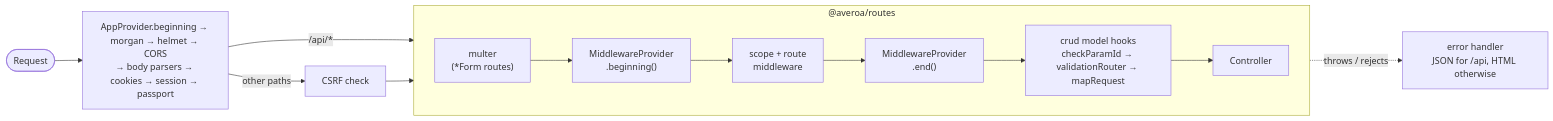
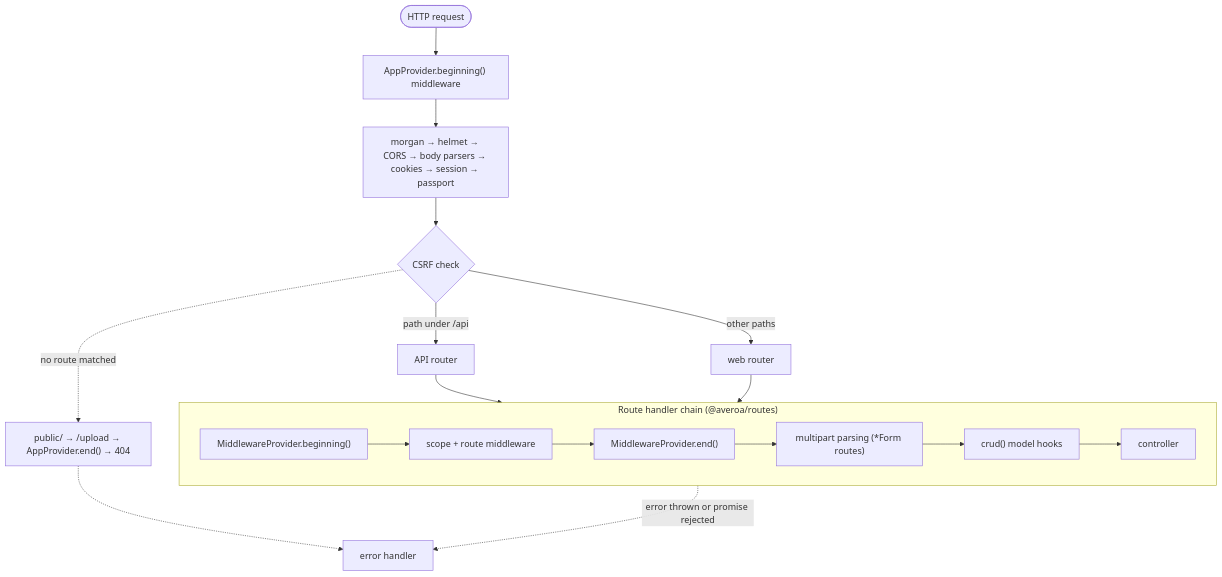
Before and after one commit to budiherma1/averoajs: the diagram in README.md, drawn with Mermaid. The commit also changed other lines of this file and 16 other files, not shown here.

````diff
--- a/README.md
+++ b/README.md
@@ -165,11 +259,17 @@
 ```mermaid
-flowchart LR
-  req(["Request"]) --> appmw["AppProvider.beginning → morgan → helmet → CORS<br/>→ body parsers → cookies → session → passport"]
-  appmw -->|"/api/*"| router
-  appmw -->|"other paths"| csrf["CSRF check"] --> router
-  subgraph router ["@averoa/routes"]
+flowchart TD
+  req(["HTTP request"]) --> early["AppProvider.beginning() middleware"]
+  early --> base["morgan → helmet → CORS → body parsers → cookies → session → passport"]
+  base --> csrf{"CSRF check"}
+  csrf -->|"path under /api"| api["API router"]
+  csrf -->|"other paths"| web["web router"]
+  subgraph chain ["Route handler chain (@averoa/routes)"]
     direction LR
-    multer["multer<br/>(*Form routes)"] --> gbeg["MiddlewareProvider<br/>.beginning()"] --> scope["scope + route<br/>middleware"] --> gend["MiddlewareProvider<br/>.end()"] --> hooks["crud model hooks<br/>checkParamId → validationRouter → mapRequest"] --> ctrl["Controller"]
+    g1["MiddlewareProvider.beginning()"] --> rm["scope + route middleware"] --> g2["MiddlewareProvider.end()"] --> mp["multipart parsing (*Form routes)"] --> hooks["crud() model hooks"] --> ctrl["controller"]
   end
-  ctrl -. "throws / rejects" .-> err["error handler<br/>JSON for /api, HTML otherwise"]
+  api --> chain
+  web --> chain
+  csrf -.->|"no route matched"| stat["public/ → /upload → AppProvider.end() → 404"]
+  ctrl -.->|"error thrown or promise rejected"| err["error handler"]
+  stat -.-> err
 ```
````
